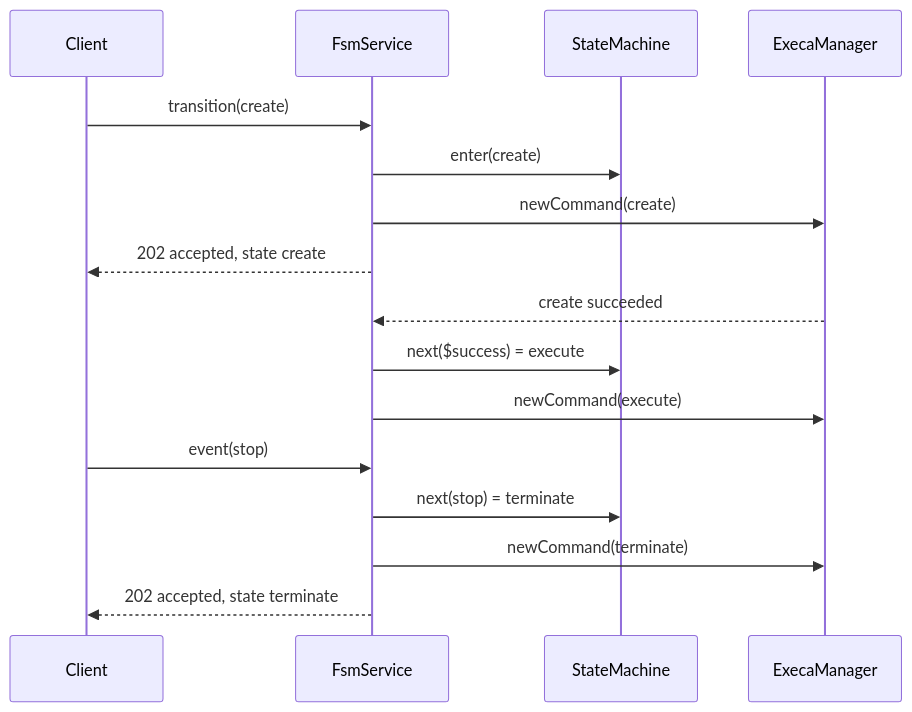
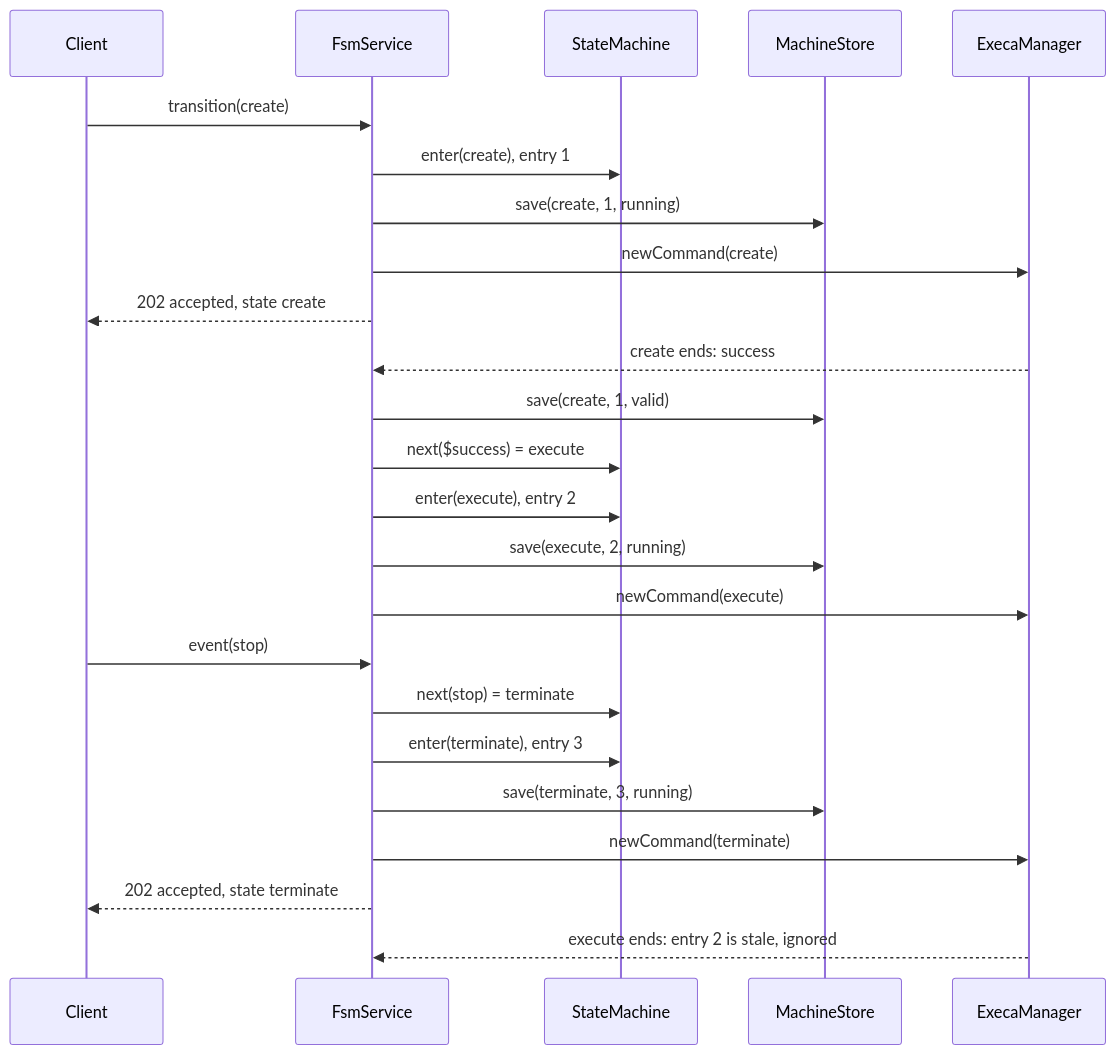
One commit to prasadtalasila/DTaaS-Public changed the first of 3 diagrams in servers/execution/runner/docs/state-machine-design.md. Above: the diagram before and after it, drawn with Mermaid. The commit also changed other lines of this file and 4 other files, not shown here.

````diff
--- a/servers/execution/runner/docs/state-machine-design.md
+++ b/servers/execution/runner/docs/state-machine-design.md
@@ -238,18 +103,26 @@
 ```mermaid
 sequenceDiagram
     participant C as Client
     participant S as FsmService
     participant M as StateMachine
+    participant D as MachineStore
     participant E as ExecaManager
     C->>S: transition(create)
-    S->>M: enter(create)
+    S->>M: enter(create), entry 1
+    S->>D: save(create, 1, running)
     S->>E: newCommand(create)
     S-->>C: 202 accepted, state create
-    E-->>S: create succeeded
+    E-->>S: create ends: success
+    S->>D: save(create, 1, valid)
     S->>M: next($success) = execute
+    S->>M: enter(execute), entry 2
+    S->>D: save(execute, 2, running)
     S->>E: newCommand(execute)
     C->>S: event(stop)
     S->>M: next(stop) = terminate
+    S->>M: enter(terminate), entry 3
+    S->>D: save(terminate, 3, running)
     S->>E: newCommand(terminate)
     S-->>C: 202 accepted, state terminate
+    E-->>S: execute ends: entry 2 is stale, ignored
 ```
````
